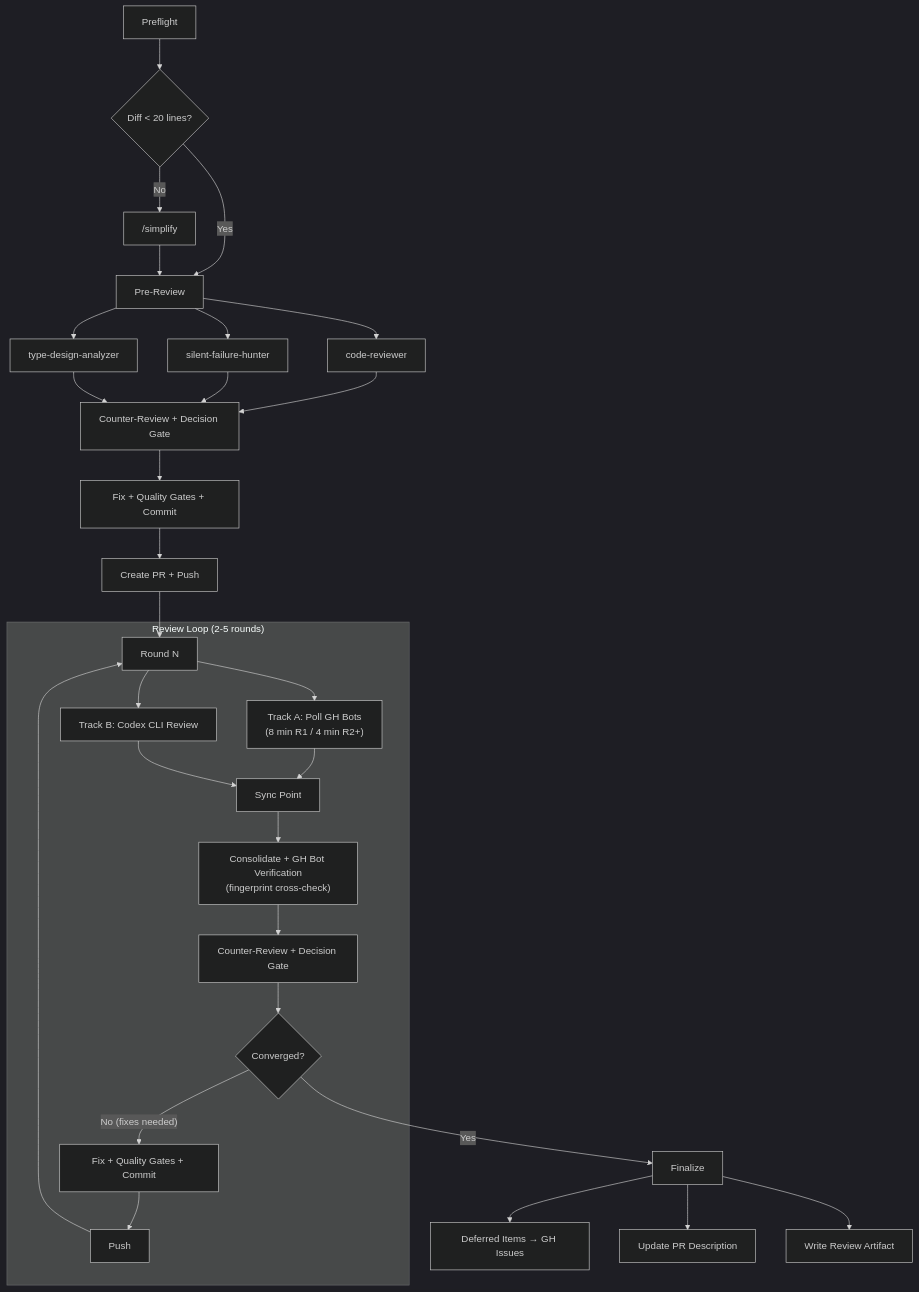
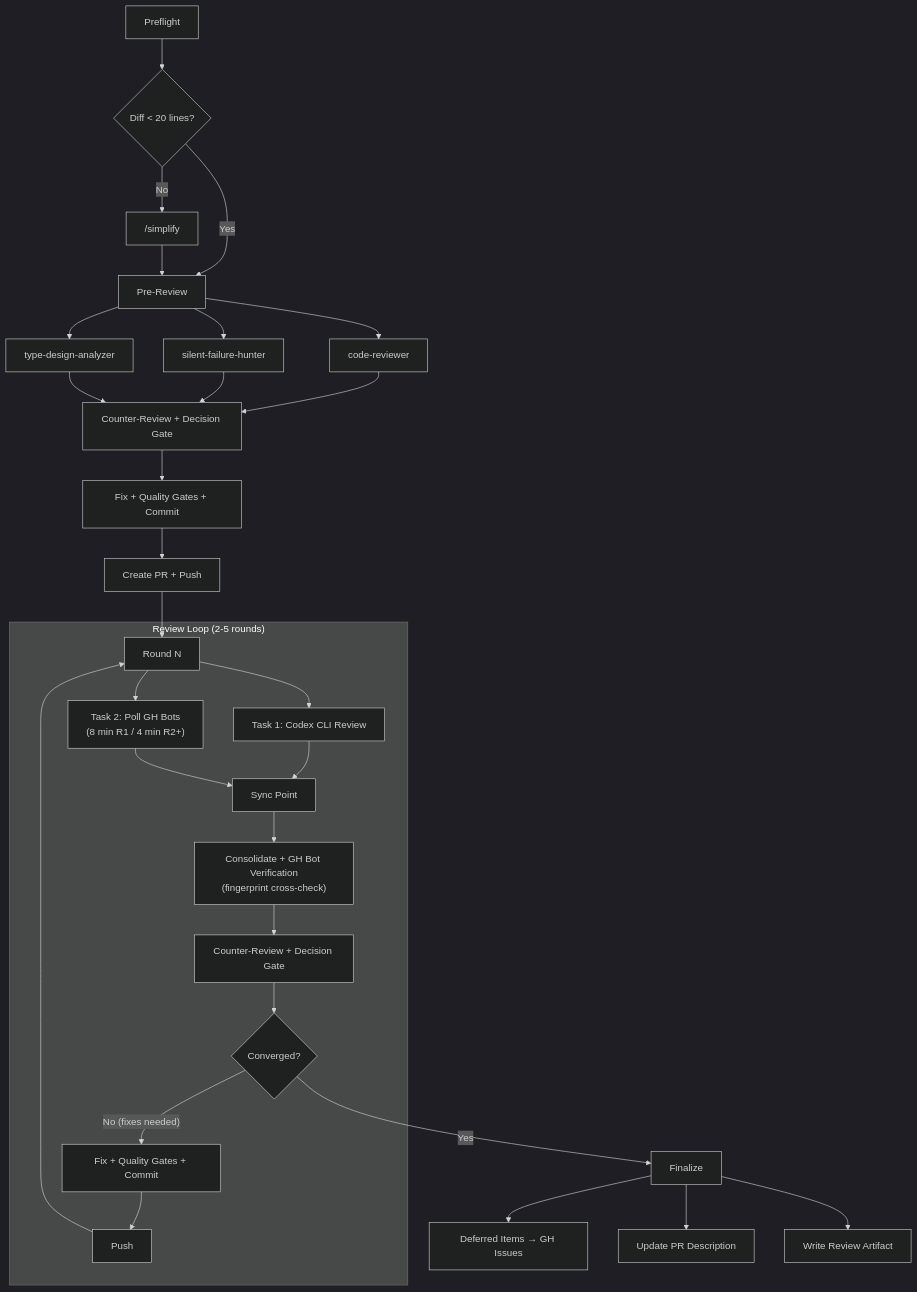
Before and after one commit to anbuneel/agentic-engineering: the first of 8 diagrams in docs/SKILLS_GUIDE.md, drawn with Mermaid (dark theme).

Commit message:
docs: update Skills Guide diagram to match Task 1/Task 2 naming
Align mermaid diagram with the restructured step 2a: Codex review
is now Task 1 (listed first), GH bot polling is Task 2.

````diff
--- a/docs/SKILLS_GUIDE.md
+++ b/docs/SKILLS_GUIDE.md
@@ -19,33 +19,33 @@
 ```mermaid
 graph TD
     A[Preflight] --> B{Diff < 20 lines?}
     B -- Yes --> D[Pre-Review]
     B -- No --> C["/simplify"]
     C --> D
 
     D --> D1[code-reviewer]
     D --> D2[silent-failure-hunter]
     D --> D3[type-design-analyzer]
     D1 & D2 & D3 --> E[Counter-Review + Decision Gate]
     E --> F[Fix + Quality Gates + Commit]
     F --> G[Create PR + Push]
 
     G --> H[Round N]
 
     subgraph "Review Loop (2-5 rounds)"
-        H --> I["Track A: Poll GH Bots\n(8 min R1 / 4 min R2+)"]
-        H --> J[Track B: Codex CLI Review]
+        H --> I[Task 1: Codex CLI Review]
+        H --> J["Task 2: Poll GH Bots\n(8 min R1 / 4 min R2+)"]
         I & J --> K[Sync Point]
         K --> L["Consolidate + GH Bot Verification\n(fingerprint cross-check)"]
         L --> M[Counter-Review + Decision Gate]
         M --> N{Converged?}
         N -- "No (fixes needed)" --> O[Fix + Quality Gates + Commit]
         O --> P[Push]
         P --> H
     end
 
     N -- Yes --> Q[Finalize]
     Q --> R[Deferred Items → GH Issues]
     Q --> S[Update PR Description]
     Q --> T[Write Review Artifact]
 ```
````
